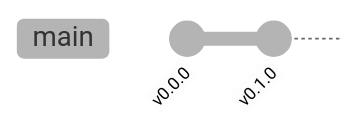
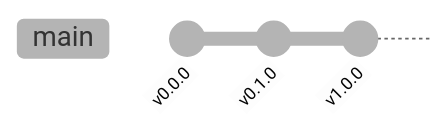
Before and after one commit to mipidisaster/mipiInk: the diagram in README.md, drawn with Mermaid (neutral theme). The commit also changed other lines of this file, not shown here.

````diff
--- a/README.md
+++ b/README.md
@@ -4,5 +4,6 @@
 ```mermaid
 gitGraph
 commit id: "v0.0.0"
 commit id: "v0.1.0"
+commit id: "v1.0.0"
 ```
````
